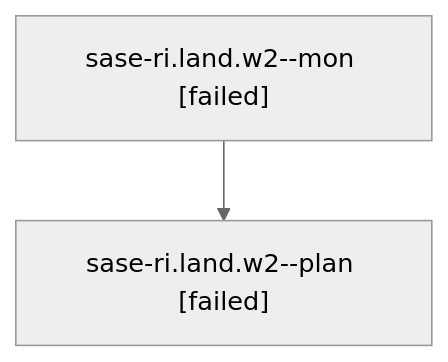
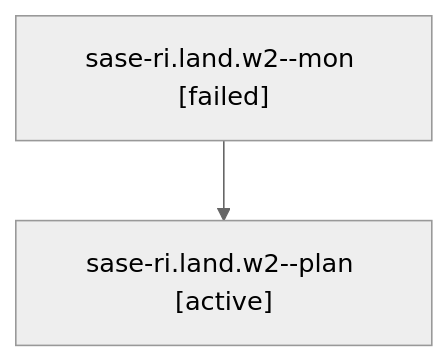
The diagram in families/bbugyi200.athena.sase-ri.land.w2.md (sase-org/sase--agents), drawn with Mermaid (neutral theme) before and after one commit. The commit also changed other lines of this file and 35830 other files, not shown here.

````diff
--- a/families/bbugyi200.athena.sase-ri.land.w2.md
+++ b/families/bbugyi200.athena.sase-ri.land.w2.md
@@ -9,6 +9,6 @@
 ```mermaid
 flowchart TD
   n0["sase-ri.land.w2--mon [failed]"]
-  n1["sase-ri.land.w2--plan [failed]"]
+  n1["sase-ri.land.w2--plan [active]"]
   n0 --> n1
 ```
````
